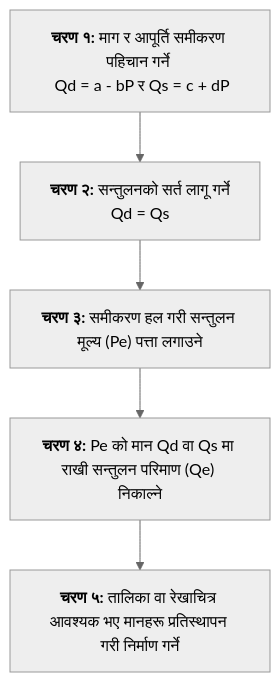
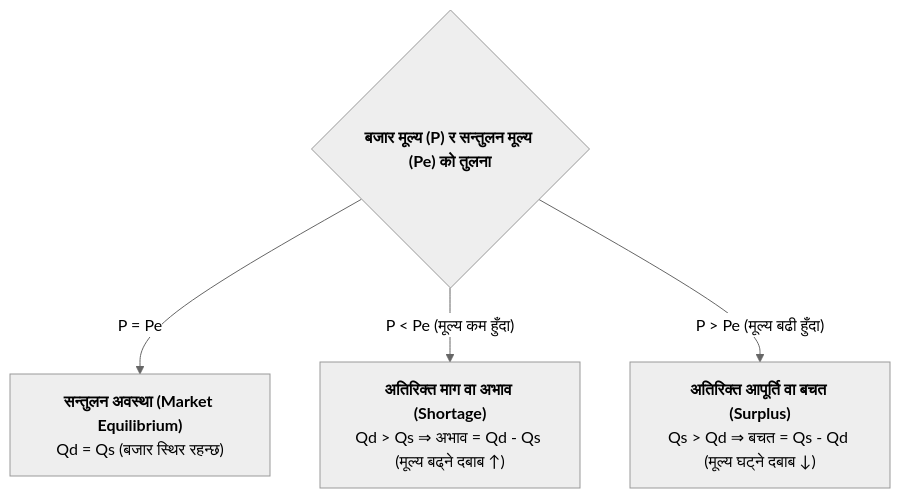
Before and after one commit to premicist/Learn: the diagram in content/notes/class11-nepali-equilibrium-numericals.md, drawn with Mermaid (neutral theme). The commit also changed other lines of this file and 16 other files, not shown here.

````diff
--- a/content/notes/class11-nepali-equilibrium-numericals.md
+++ b/content/notes/class11-nepali-equilibrium-numericals.md
@@ -19,7 +31,7 @@
 ```mermaid
 flowchart TD
-    Step1["<b>चरण १:</b> माग र आपूर्ति समीकरण पहिचान गर्ने <br> Qd = a - bP र Qs = c + dP"] --> Step2["<b>चरण २:</b> सन्तुलनको सर्त लागू गर्ने <br> Qd = Qs"]
-    Step2 --> Step3["<b>चरण ३:</b> समीकरण हल गरी सन्तुलन मूल्य (Pe) पत्ता लगाउने"]
-    Step3 --> Step4["<b>चरण ४:</b> Pe को मान Qd वा Qs मा राखी सन्तुलन परिमाण (Qe) निकाल्ने"]
-    Step4 --> Step5["<b>चरण ५:</b> तालिका वा रेखाचित्र आवश्यक भए मानहरू प्रतिस्थापन गरी निर्माण गर्ने"]
+    Cond{"<b>बजार मूल्य (P) र सन्तुलन मूल्य (Pe) को तुलना</b>"}
+    Cond -- "P = Pe" --> Eq["<b>सन्तुलन अवस्था (Market Equilibrium)</b><br>Qd = Qs (बजार स्थिर रहन्छ)"]
+    Cond -- "P < Pe (मूल्य कम हुँदा)" --> Short["<b>अतिरिक्त माग वा अभाव (Shortage)</b><br>Qd > Qs ⇒ अभाव = Qd - Qs (मूल्य बढ्ने दबाब ↑)"]
+    Cond -- "P > Pe (मूल्य बढी हुँदा)" --> Surp["<b>अतिरिक्त आपूर्ति वा बचत (Surplus)</b><br>Qs > Qd ⇒ बचत = Qs - Qd (मूल्य घट्ने दबाब ↓)"]
 ```
````
